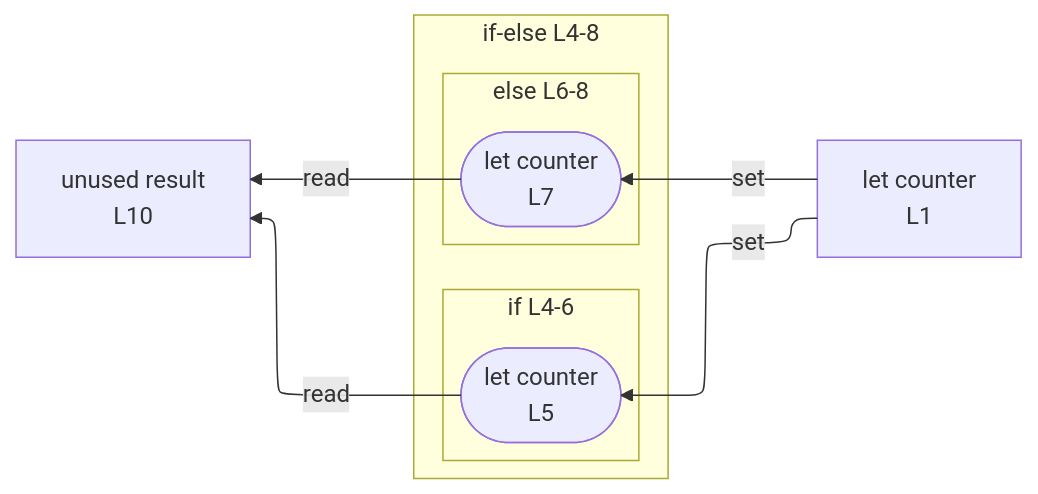
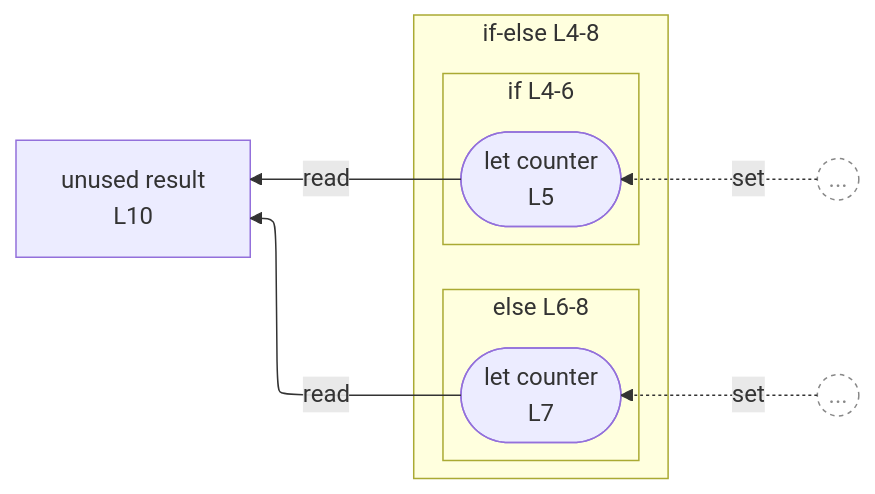
One commit to crescware/unsnarl changed the diagram in integration/fixtures/control-if/preview.pruned-r10-c1.md. Above: the diagram before and after it, drawn with Mermaid. The commit also changed 7 other files, not shown here.

````diff
--- a/integration/fixtures/control-if/preview.pruned-r10-c1.md
+++ b/integration/fixtures/control-if/preview.pruned-r10-c1.md
@@ -26,22 +26,26 @@
 ```mermaid
 %%{init: {"flowchart": {"defaultRenderer": "elk"}}}%%
 flowchart RL
-  %% pruning roots 10=2 ancestors=1 descendants=1
-  n_scope_0_counter_4["let counter<br/>L1"]
+  %% pruning roots 10=1 ancestors=1 descendants=1
   n_scope_0_result_97["unused result<br/>L10"]
   subgraph cont_if_scope_0_37["if-else L4-8"]
     direction RL
     subgraph s_scope_1["if L4-6"]
       direction RL
       wr_ref_1(["let counter<br/>L5"])
     end
     subgraph s_scope_2["else L6-8"]
       direction RL
       wr_ref_2(["let counter<br/>L7"])
     end
   end
-  n_scope_0_counter_4 -->|set| wr_ref_1
-  n_scope_0_counter_4 -->|set| wr_ref_2
   wr_ref_1 -->|read| n_scope_0_result_97
   wr_ref_2 -->|read| n_scope_0_result_97
+  boundary_stub_1((...))
+  boundary_stub_1 -.->|set| wr_ref_1
+  boundary_stub_2((...))
+  boundary_stub_2 -.->|set| wr_ref_2
+  classDef boundaryStub fill:transparent,stroke:#888,stroke-dasharray:3 3,color:#888;
+  class boundary_stub_1 boundaryStub;
+  class boundary_stub_2 boundaryStub;
 ```
````
